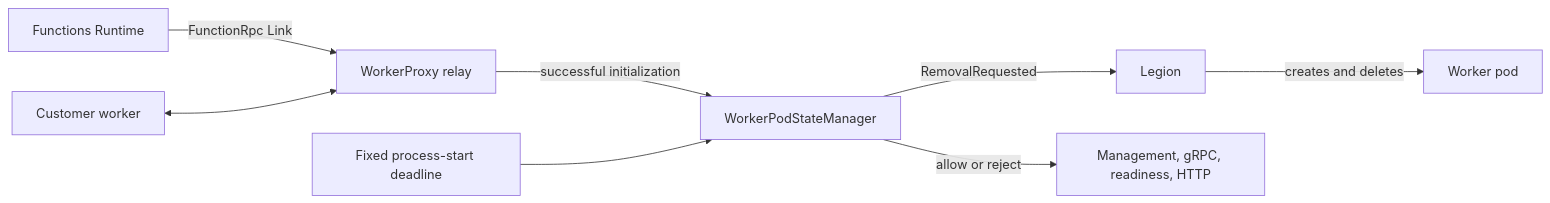
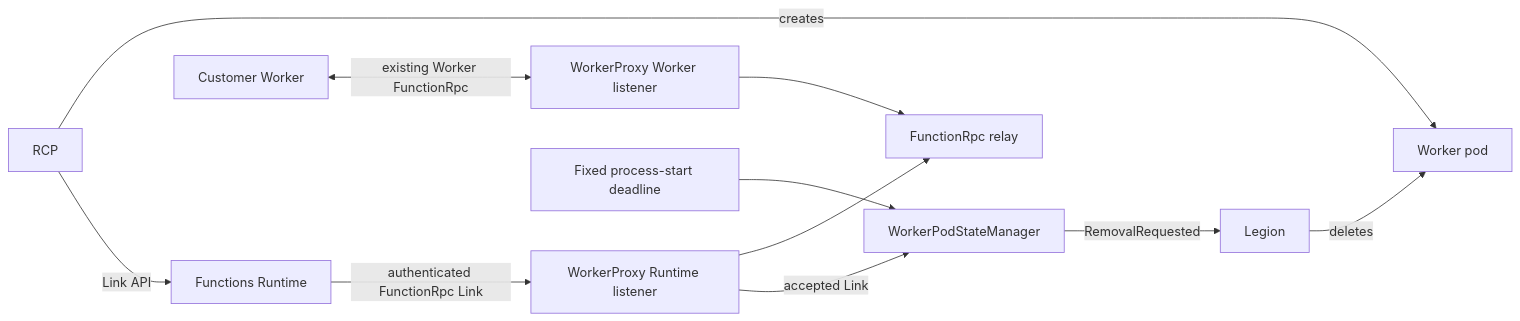
One commit to Azure/azure-functions-host changed the second of 4 diagrams in tools/ComputeSeparation/byoc-worker-never-linked-cleanup.md. Above: the diagram before and after it, drawn with Mermaid. The commit also changed other lines of this file and 11 other files, not shown here.

Commit message:
Narrow W1 to Runtime Link

````diff
--- a/tools/ComputeSeparation/byoc-worker-never-linked-cleanup.md
+++ b/tools/ComputeSeparation/byoc-worker-never-linked-cleanup.md
@@ -82,10 +79,13 @@
 ```mermaid
 flowchart LR
-    Legion[Legion] -->|creates and deletes| Pod[Worker pod]
-    Runtime[Functions Runtime] -->|FunctionRpc Link| Relay[WorkerProxy relay]
-    Worker[Customer worker] <--> Relay
-    Relay -->|successful initialization| State[WorkerPodStateManager]
+    RCP[RCP] -->|creates| Pod[Worker pod]
+    RCP -->|Link API| Runtime[Functions Runtime]
+    Runtime -->|authenticated FunctionRpc Link| RuntimePort[WorkerProxy Runtime listener]
+    Worker[Customer Worker] <-->|existing Worker FunctionRpc| WorkerPort[WorkerProxy Worker listener]
+    RuntimePort --> Relay[FunctionRpc relay]
+    WorkerPort --> Relay
+    RuntimePort -->|accepted Link| State[WorkerPodStateManager]
     Timer[Fixed process-start deadline] --> State
     State -->|RemovalRequested| Legion
-    State -->|allow or reject| APIs[Management, gRPC, readiness, HTTP]
+    Legion -->|deletes| Pod
 ```
````
